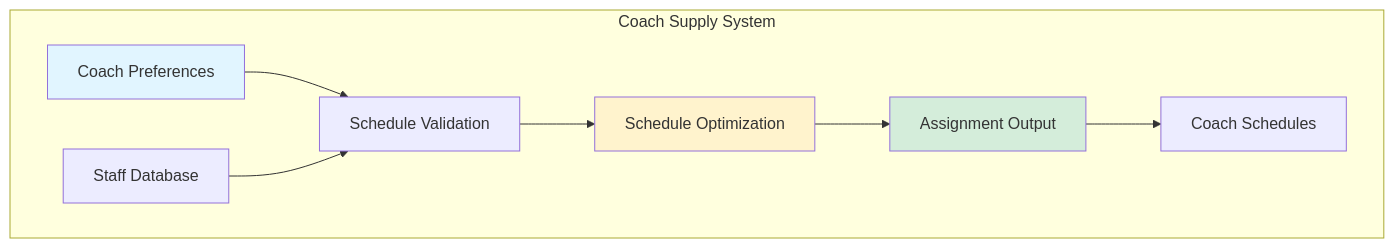
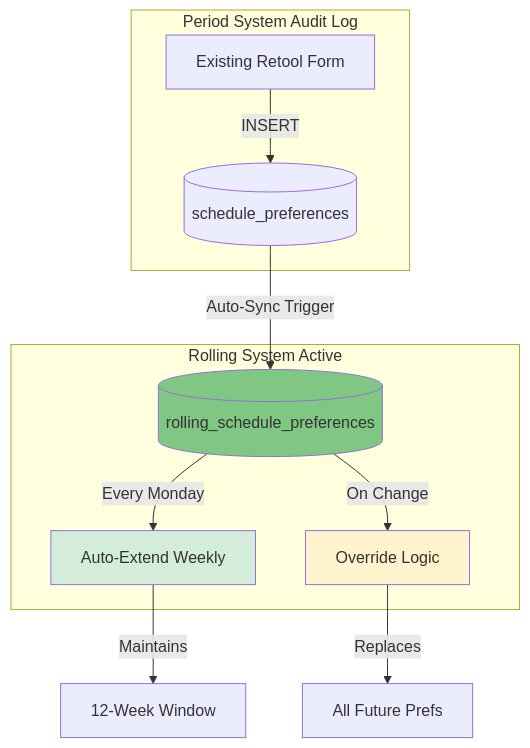
Before and after one commit to towshau/schedule_prediction_supply: the diagram in README.md, drawn with Mermaid. The commit also changed other lines of this file and 5 other files, not shown here.

First line of the commit message:
feat: Implement rolling 12-week schedule preference system

````diff
--- a/README.md
+++ b/README.md
@@ -22,16 +22,26 @@
 ```mermaid
 graph TB
-    subgraph "Coach Supply System"
-        A[Coach Preferences] --> B[Schedule Validation]
-        B --> C[Schedule Optimization]
-        C --> D[Assignment Output]
-        
-        F[Staff Database] --> B
-        
-        D --> H[Coach Schedules]
+    subgraph Legacy[Period System Audit Log]
+        PeriodForm[Existing Retool Form]
+        SP[(schedule_preferences)]
+        PeriodForm -->|INSERT| SP
     end
     
-    style A fill:#e1f5ff
-    style D fill:#d4edda
-    style C fill:#fff3cd
+    subgraph Rolling[Rolling System Active]
+        RSP[(rolling_schedule_preferences)]
+        AutoExtend[Auto-Extend Weekly]
+        Override[Override Logic]
+        
+        RSP -->|Every Monday| AutoExtend
+        RSP -->|On Change| Override
+    end
+    
+    SP -->|Auto-Sync Trigger| RSP
+    
+    AutoExtend -->|Maintains| Window[12-Week Window]
+    Override -->|Replaces| Future[All Future Prefs]
+    
+    style RSP fill:#81c784
+    style AutoExtend fill:#d4edda
+    style Override fill:#fff3cd
 ```
````
